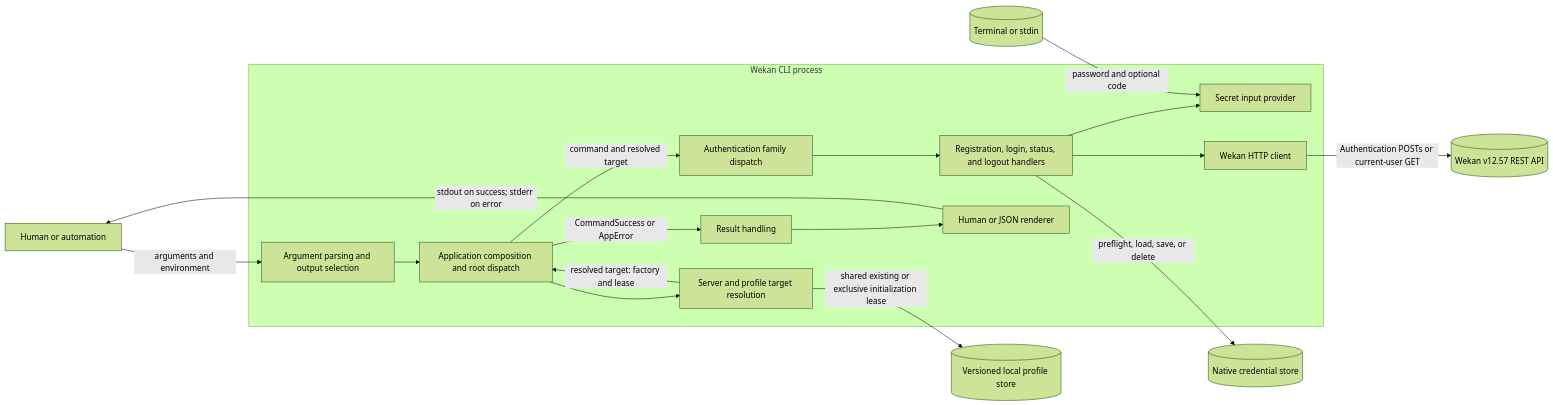
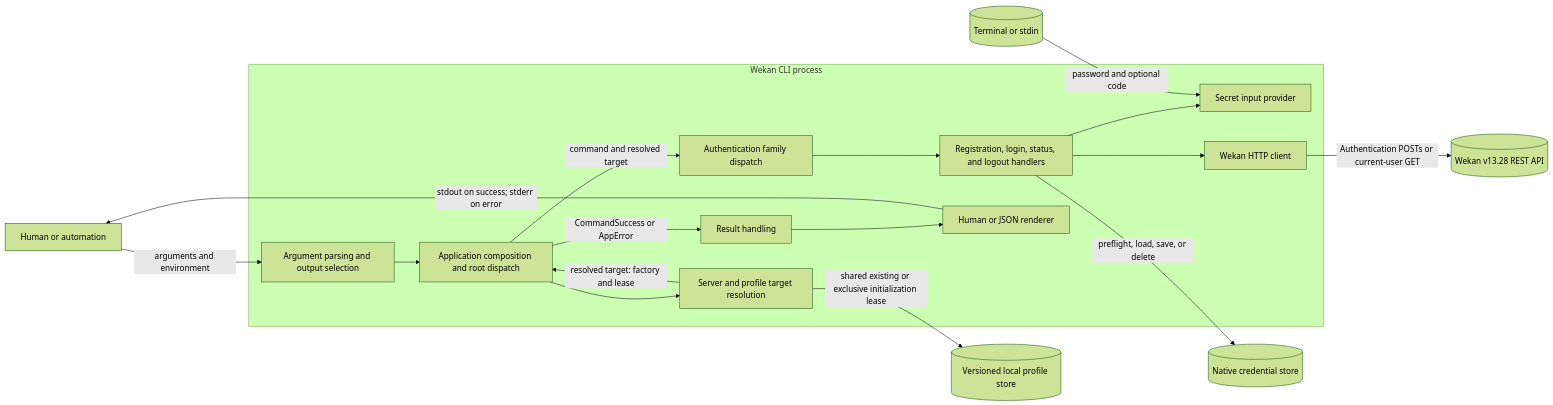
One commit to AhmedLukman/wekan-cli changed the first of 11 diagrams in docs/auth-architecture.md. Above: the diagram before and after it, drawn with Mermaid (forest theme). The commit also changed other lines of this file and 337 other files, not shown here.

Commit message:
feat: upgrade CLI commands and native API coverage to Wekan v13.28

````diff
--- a/docs/auth-architecture.md
+++ b/docs/auth-architecture.md
@@ -15,37 +15,37 @@
 ```mermaid
 flowchart LR
     caller[Human or automation]
 
     subgraph cli[Wekan CLI process]
         entry[Argument parsing and output selection]
         app[Application composition and root dispatch]
         resolver[Server and profile target resolution]
         dispatch[Authentication family dispatch]
         handlers[Registration, login, status, and logout handlers]
         secrets[Secret input provider]
         client[Wekan HTTP client]
         result[Result handling]
         output[Human or JSON renderer]
     end
 
     input[(Terminal or stdin)]
-    wekan[(Wekan v12.57 REST API)]
+    wekan[(Wekan v13.28 REST API)]
     vault[(Native credential store)]
     profiles[(Versioned local profile store)]
 
     caller -->|arguments and environment| entry
     entry --> app
     app --> resolver
     resolver -->|shared existing or exclusive initialization lease| profiles
     resolver -->|resolved target: factory and lease| app
     app -->|command and resolved target| dispatch
     dispatch --> handlers
     handlers --> secrets
     input -->|password and optional code| secrets
     handlers --> client
     client -->|Authentication POSTs or current-user GET| wekan
     handlers -->|preflight, load, save, or delete| vault
     app -->|CommandSuccess or AppError| result
     result --> output
     output -->|stdout on success; stderr on error| caller
 ```
````
